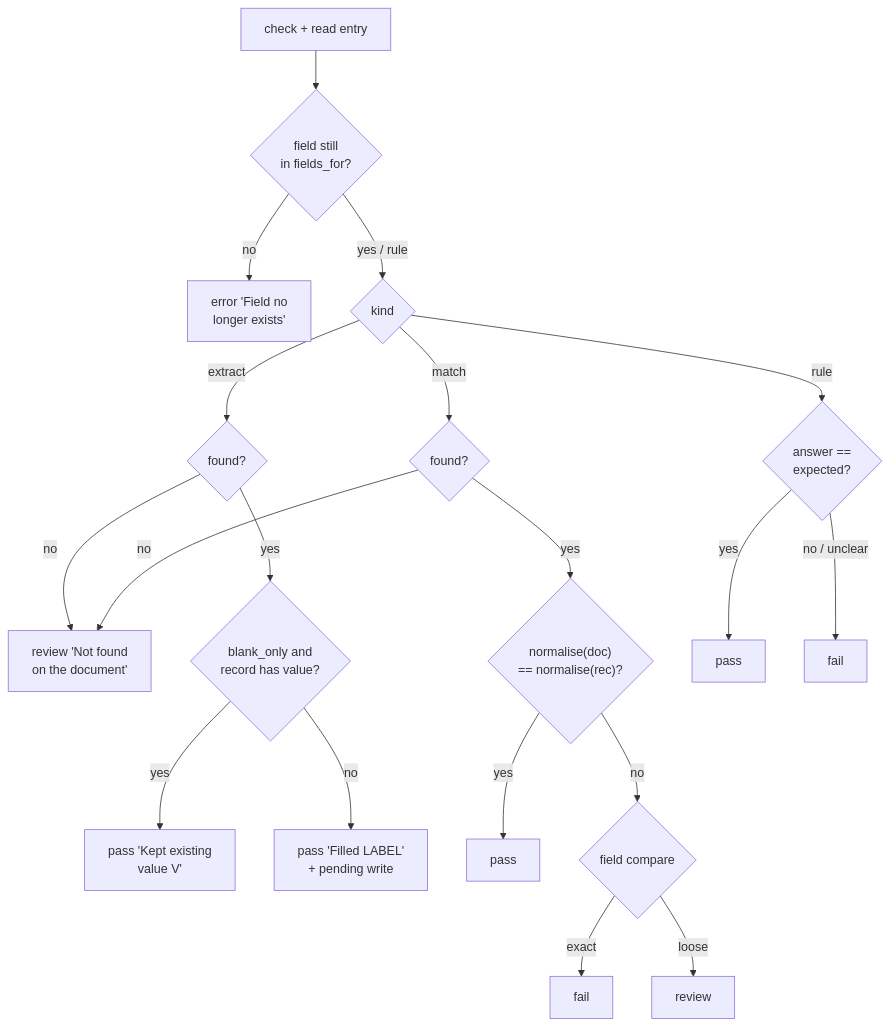
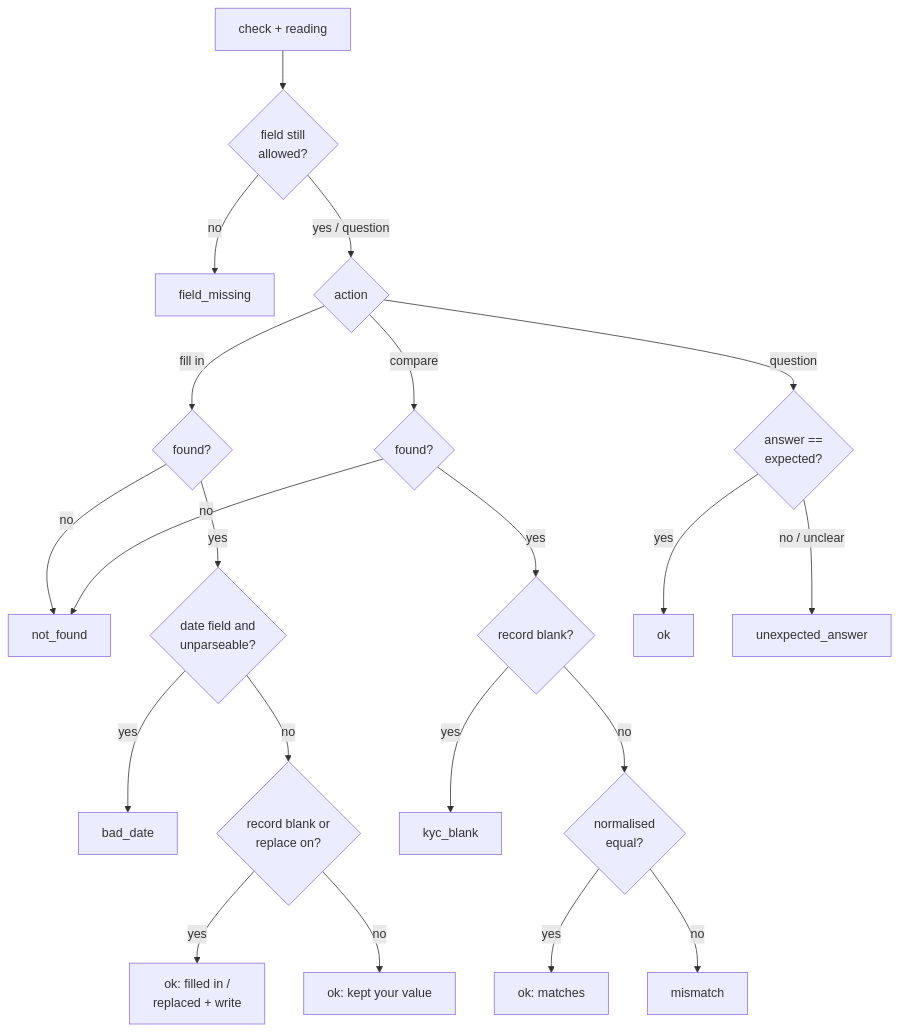
One commit to sampadadiwan/IRM_CompanyMain changed the ninth of 12 diagrams in openspec/changes/document-checks/design.md. Above: the diagram before and after it, drawn with Mermaid. The commit also changed other lines of this file and 85 other files, not shown here.

````diff
--- a/openspec/changes/document-checks/design.md
+++ b/openspec/changes/document-checks/design.md
@@ -621,21 +644,23 @@
 ```mermaid
 flowchart TD
-    A["check + read entry"] --> F{"field still<br/>in fields_for?"}
-    F -- "no" --> X["error 'Field no<br/>longer exists'"]
-    F -- "yes / rule" --> K{"kind"}
-    K -- "extract" --> E1{"found?"}
-    E1 -- "no" --> R1["review 'Not found<br/>on the document'"]
-    E1 -- "yes" --> E2{"blank_only and<br/>record has value?"}
-    E2 -- "yes" --> P1["pass 'Kept existing<br/>value V'"]
-    E2 -- "no" --> P2["pass 'Filled LABEL'<br/>+ pending write"]
-    K -- "match" --> M1{"found?"}
-    M1 -- "no" --> R1
-    M1 -- "yes" --> M2{"normalise(doc)<br/>== normalise(rec)?"}
-    M2 -- "yes" --> P3["pass"]
-    M2 -- "no" --> M3{"field compare"}
-    M3 -- "exact" --> F1["fail"]
-    M3 -- "loose" --> R2["review"]
-    K -- "rule" --> U1{"answer ==<br/>expected?"}
-    U1 -- "yes" --> P4["pass"]
-    U1 -- "no / unclear" --> F2["fail"]
+    A["check + reading"] --> F{"field still<br/>allowed?"}
+    F -- "no" --> X["field_missing"]
+    F -- "yes / question" --> K{"action"}
+    K -- "fill in" --> E1{"found?"}
+    E1 -- "no" --> NF["not_found"]
+    E1 -- "yes" --> D1{"date field and<br/>unparseable?"}
+    D1 -- "yes" --> BD["bad_date"]
+    D1 -- "no" --> E2{"record blank or<br/>replace on?"}
+    E2 -- "yes" --> P2["ok: filled in /<br/>replaced + write"]
+    E2 -- "no" --> P1["ok: kept your value"]
+    K -- "compare" --> M1{"found?"}
+    M1 -- "no" --> NF
+    M1 -- "yes" --> MB{"record blank?"}
+    MB -- "yes" --> KB["kyc_blank"]
+    MB -- "no" --> M2{"normalised<br/>equal?"}
+    M2 -- "yes" --> P3["ok: matches"]
+    M2 -- "no" --> MM["mismatch"]
+    K -- "question" --> U1{"answer ==<br/>expected?"}
+    U1 -- "yes" --> P4["ok"]
+    U1 -- "no / unclear" --> UA["unexpected_answer"]
 ```
````
